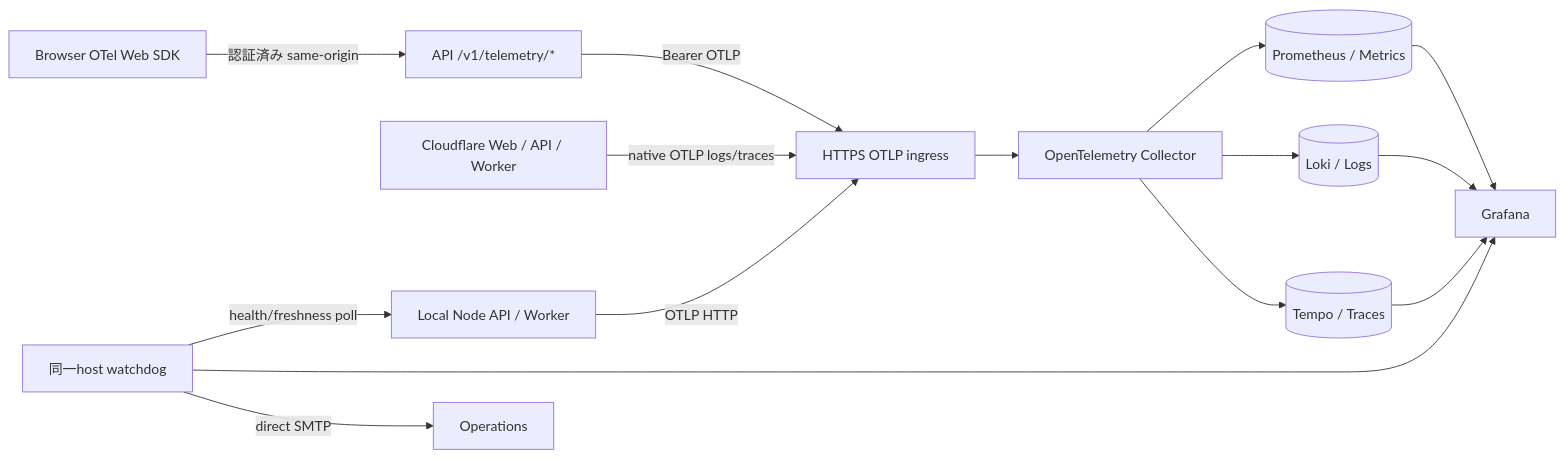
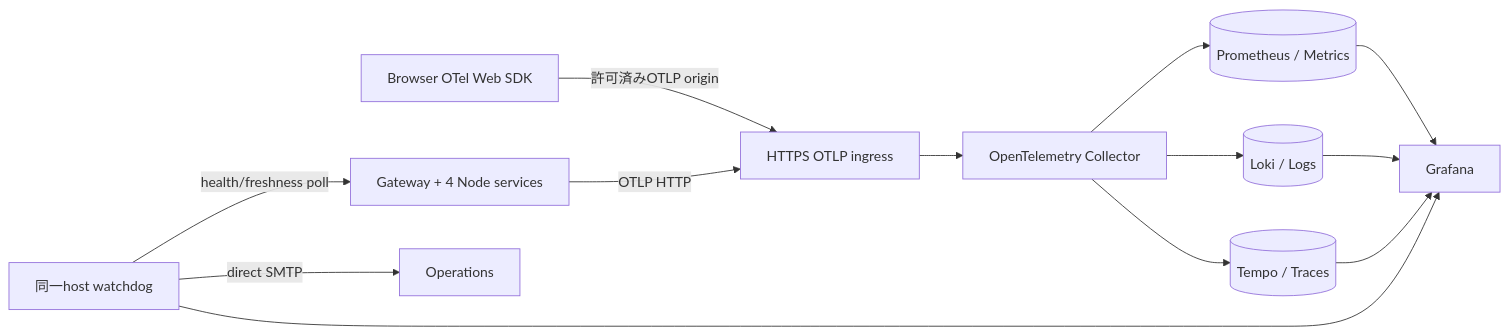
One commit to r4ai/news-podcast changed the second of 5 diagrams in docs/design.md. Above: the diagram before and after it, drawn with Mermaid. The commit also changed other lines of this file and 9 other files, not shown here.

Commit message:
docs(architecture): close functional DDD migration

````diff
--- a/docs/design.md
+++ b/docs/design.md
@@ -95,17 +93,15 @@
 ```mermaid
 flowchart LR
-  Browser["Browser OTel Web SDK"] -->|"認証済み same-origin"| Gateway["API /v1/telemetry/*"]
-  Cloudflare["Cloudflare Web / API / Worker"] -->|"native OTLP logs/traces"| Ingress["HTTPS OTLP ingress"]
-  Node["Local Node API / Worker"] -->|"OTLP HTTP"| Ingress
-  Gateway -->|"Bearer OTLP"| Ingress
+  Browser["Browser OTel Web SDK"] -->|"許可済みOTLP origin"| Ingress
+  Node["Gateway + 4 Node services"] -->|"OTLP HTTP"| Ingress["HTTPS OTLP ingress"]
   Ingress --> Collector["OpenTelemetry Collector"]
   Collector --> Prometheus[("Prometheus / Metrics")]
   Collector --> Loki[("Loki / Logs")]
   Collector --> Tempo[("Tempo / Traces")]
   Prometheus --> Grafana["Grafana"]
   Loki --> Grafana
   Tempo --> Grafana
   Watchdog["同一host watchdog"] -->|"health/freshness poll"| Node
   Watchdog --> Grafana
   Watchdog -->|"direct SMTP"| OnCall["Operations"]
 ```
````
